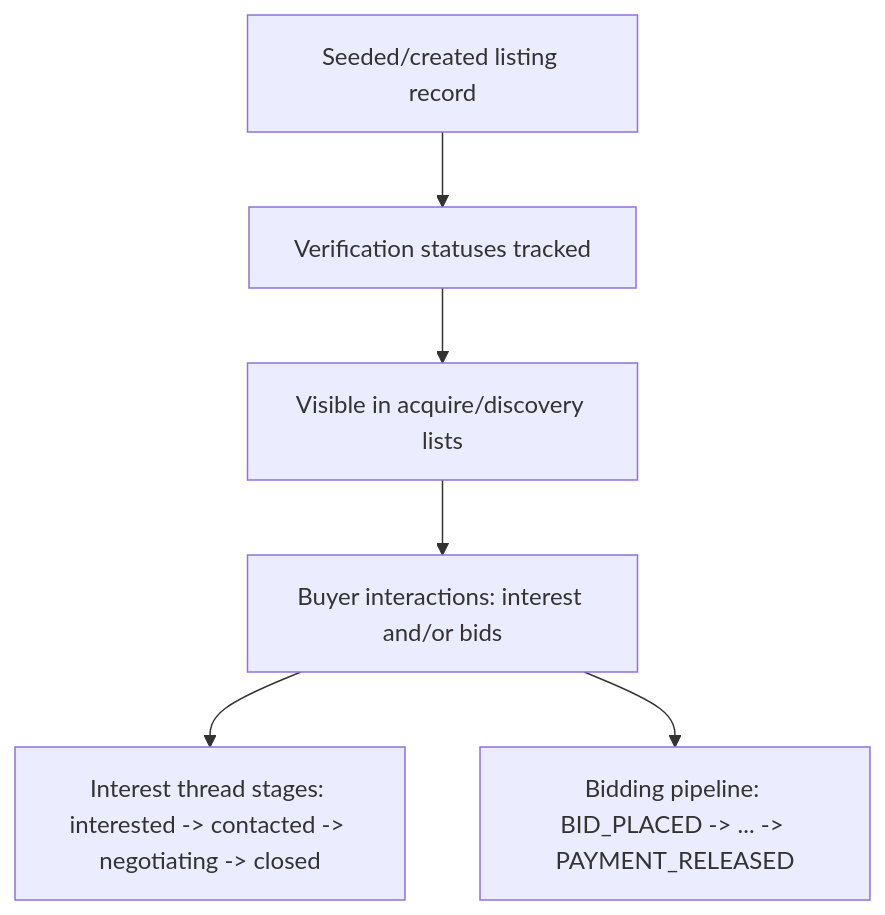
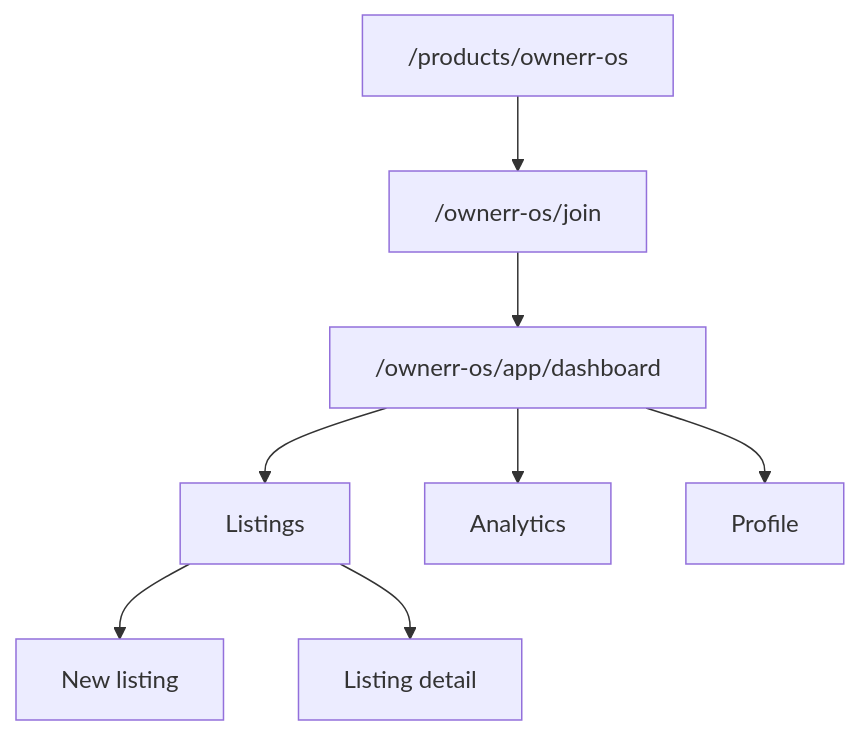
Before and after one commit to Ownerr-io/Web-Application: diagram 15 of 17 in README.md, drawn with Mermaid. The commit also changed other lines of this file, not shown here.

Commit message:
feature/seller-buyer-verifica tion-and-inbox

````diff
--- a/README.md
+++ b/README.md
@@ -236,8 +471,10 @@
 ```mermaid
 flowchart TD
-    L0[Seeded/created listing record] --> L1[Verification statuses tracked]
-    L1 --> L2[Visible in acquire/discovery lists]
-    L2 --> L3[Buyer interactions: interest and/or bids]
-    L3 --> L4[Interest thread stages: interested -> contacted -> negotiating -> closed]
-    L3 --> L5[Bidding pipeline: BID_PLACED -> ... -> PAYMENT_RELEASED]
+  L["/products/ownerr-os"] --> J["/ownerr-os/join"]
+  J --> APP["/ownerr-os/app/dashboard"]
+  APP --> LIST[Listings]
+  LIST --> NEW[New listing]
+  LIST --> DET[Listing detail]
+  APP --> AN[Analytics]
+  APP --> PR[Profile]
 ```
````
